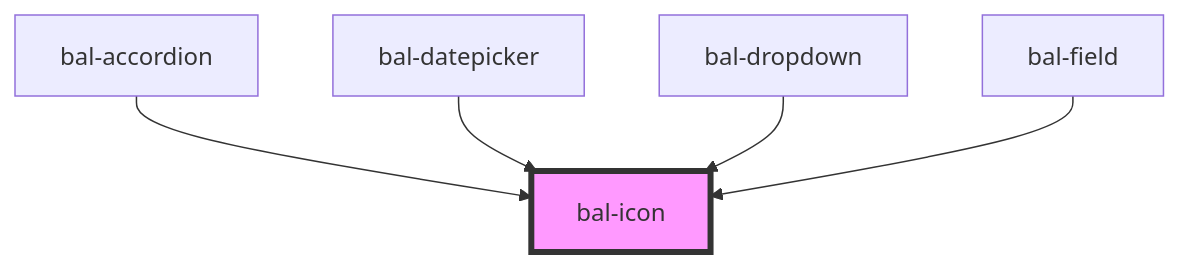
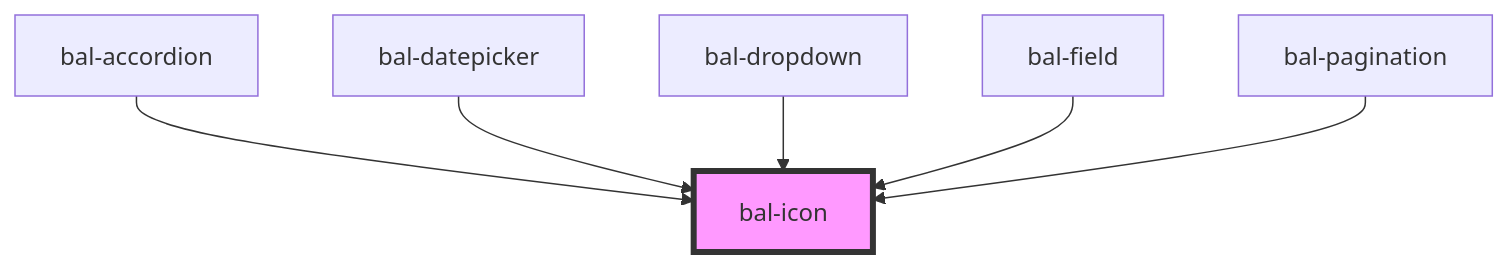
Before and after one commit to baloise/design-system: the diagram in src/components/icon/readme.md, drawn with Mermaid. The commit also changed other lines of this file and 7 other files, not shown here.

````diff
--- a/src/components/icon/readme.md
+++ b/src/components/icon/readme.md
@@ -94,8 +95,9 @@
 ```mermaid
 graph TD;
   bal-accordion --> bal-icon
   bal-datepicker --> bal-icon
   bal-dropdown --> bal-icon
   bal-field --> bal-icon
+  bal-pagination --> bal-icon
   style bal-icon fill:#f9f,stroke:#333,stroke-width:4px
 ```
````
